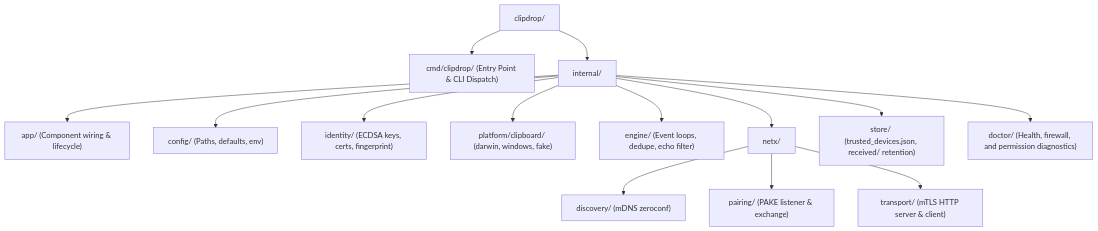
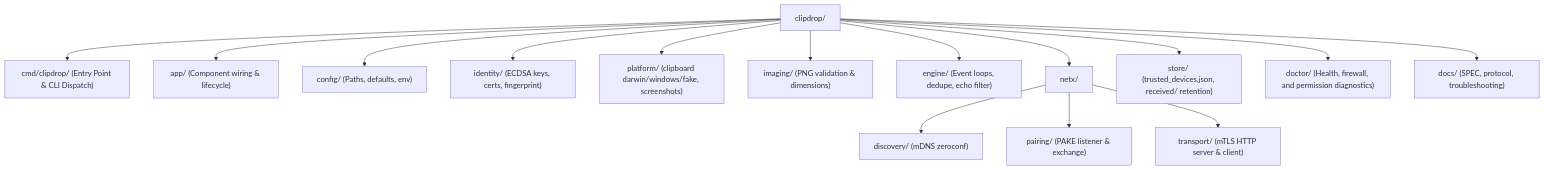
The sixth of 6 diagrams in README.md (Rahul-8283/clipdrop), drawn with Mermaid before and after one commit. The commit also changed 1 other file, not shown here.

Commit message:
docs: updated planned folder structure

````diff
--- a/README.md
+++ b/README.md
@@ -231,32 +231,34 @@
 ```mermaid
 flowchart TD
     Root["clipdrop/"]
     Cmd["cmd/clipdrop/ (Entry Point & CLI Dispatch)"]
-    Internal["internal/"]
 
     App["app/ (Component wiring & lifecycle)"]
     Config["config/ (Paths, defaults, env)"]
     Identity["identity/ (ECDSA keys, certs, fingerprint)"]
-    Platform["platform/clipboard/ (darwin, windows, fake)"]
+    Platform["platform/ (clipboard darwin/windows/fake, screenshots)"]
+    Imaging["imaging/ (PNG validation & dimensions)"]
     Engine["engine/ (Event loops, dedupe, echo filter)"]
     Netx["netx/"]
     NetxDisc["discovery/ (mDNS zeroconf)"]
     NetxPair["pairing/ (PAKE listener & exchange)"]
     NetxTrans["transport/ (mTLS HTTP server & client)"]
     Store["store/ (trusted_devices.json, received/ retention)"]
     Doctor["doctor/ (Health, firewall, and permission diagnostics)"]
+    Docs["docs/ (SPEC, protocol, troubleshooting)"]
 
     Root --> Cmd
-    Root --> Internal
-    Internal --> App
-    Internal --> Config
-    Internal --> Identity
-    Internal --> Platform
-    Internal --> Engine
-    Internal --> Netx
+    Root --> App
+    Root --> Config
+    Root --> Identity
+    Root --> Platform
+    Root --> Imaging
+    Root --> Engine
+    Root --> Netx
     Netx --> NetxDisc
     Netx --> NetxPair
     Netx --> NetxTrans
-    Internal --> Store
-    Internal --> Doctor
+    Root --> Store
+    Root --> Doctor
+    Root --> Docs
 ```
````
